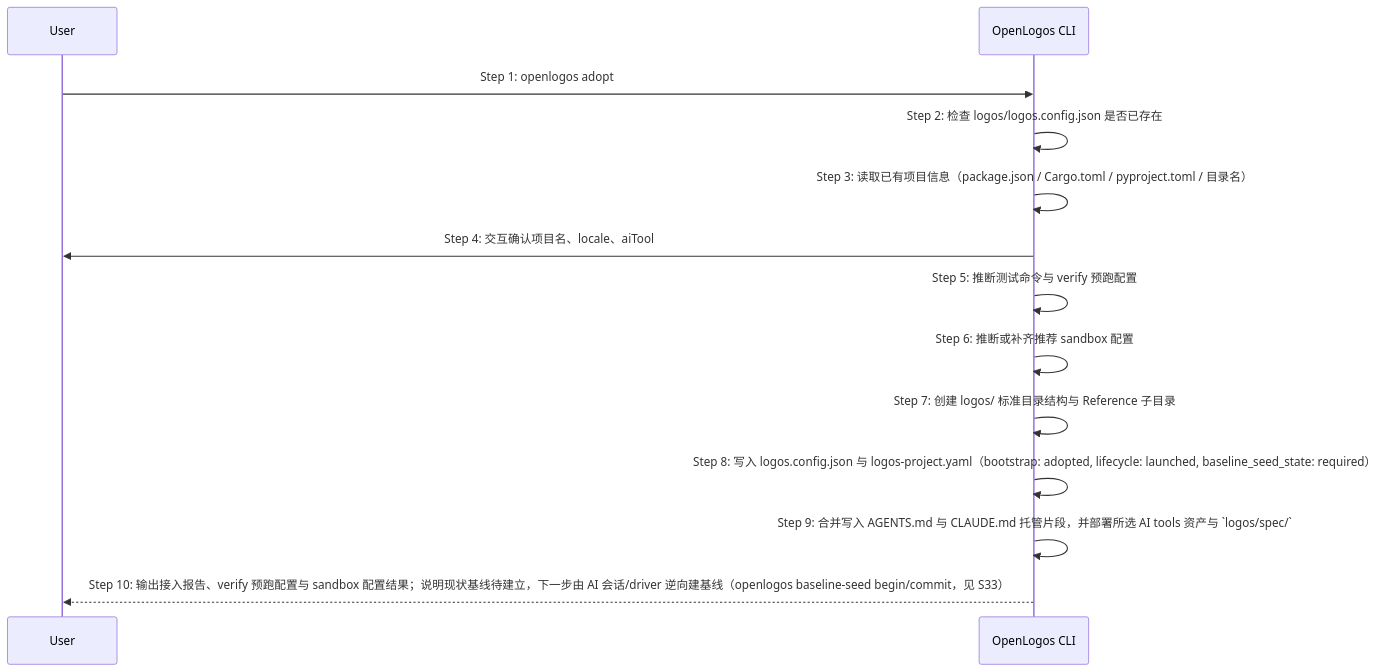
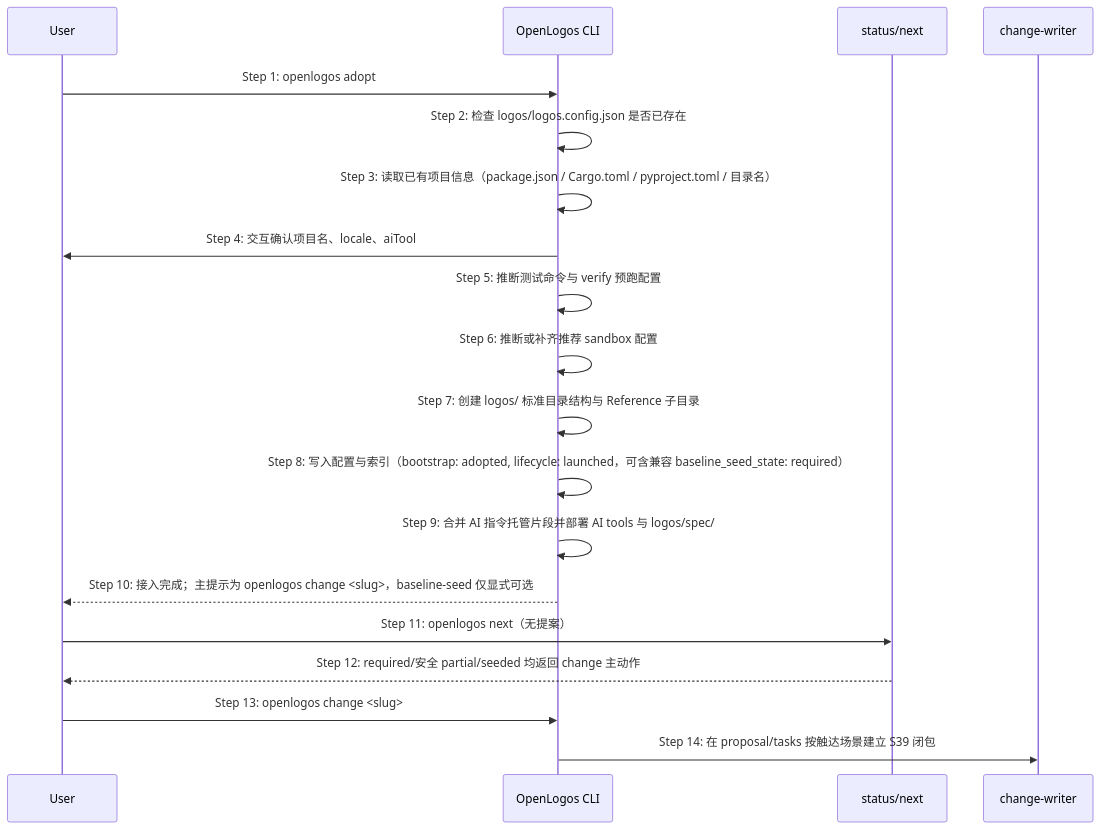
One commit to miniidealab/openlogos changed the diagram in logos/resources/prd/3-technical-plan/2-scenario-implementation/core-S20-adopt-existing-project.md. Above: the diagram before and after it, drawn with Mermaid. The commit also changed other lines of this file and 74 other files, not shown here.

Commit message:
chore(baseline-on-touch): archive change proposal

````diff
--- a/logos/resources/prd/3-technical-plan/2-scenario-implementation/core-S20-adopt-existing-project.md
+++ b/logos/resources/prd/3-technical-plan/2-scenario-implementation/core-S20-adopt-existing-project.md
@@ -4,16 +4,22 @@
 ```mermaid
 sequenceDiagram
     participant U as User
     participant C as OpenLogos CLI
+    participant N as status/next
+    participant W as change-writer
 
     U->>C: Step 1: openlogos adopt
     C->>C: Step 2: 检查 logos/logos.config.json 是否已存在
     C->>C: Step 3: 读取已有项目信息（package.json / Cargo.toml / pyproject.toml / 目录名）
     C->>U: Step 4: 交互确认项目名、locale、aiTool
     C->>C: Step 5: 推断测试命令与 verify 预跑配置
     C->>C: Step 6: 推断或补齐推荐 sandbox 配置
     C->>C: Step 7: 创建 logos/ 标准目录结构与 Reference 子目录
-    C->>C: Step 8: 写入 logos.config.json 与 logos-project.yaml（bootstrap: adopted, lifecycle: launched, baseline_seed_state: required）
-    C->>C: Step 9: 合并写入 AGENTS.md 与 CLAUDE.md 托管片段，并部署所选 AI tools 资产与 `logos/spec/`
-    C-->>U: Step 10: 输出接入报告、verify 预跑配置与 sandbox 配置结果；说明现状基线待建立，下一步由 AI 会话/driver 逆向建基线（openlogos baseline-seed begin/commit，见 S33）
+    C->>C: Step 8: 写入配置与索引（bootstrap: adopted, lifecycle: launched，可含兼容 baseline_seed_state: required）
+    C->>C: Step 9: 合并 AI 指令托管片段并部署 AI tools 与 logos/spec/
+    C-->>U: Step 10: 接入完成；主提示为 openlogos change <slug>，baseline-seed 仅显式可选
+    U->>N: Step 11: openlogos next（无提案）
+    N-->>U: Step 12: required/安全 partial/seeded 均返回 change 主动作
+    U->>C: Step 13: openlogos change <slug>
+    C->>W: Step 14: 在 proposal/tasks 按触达场景建立 S39 闭包
 ```
````
